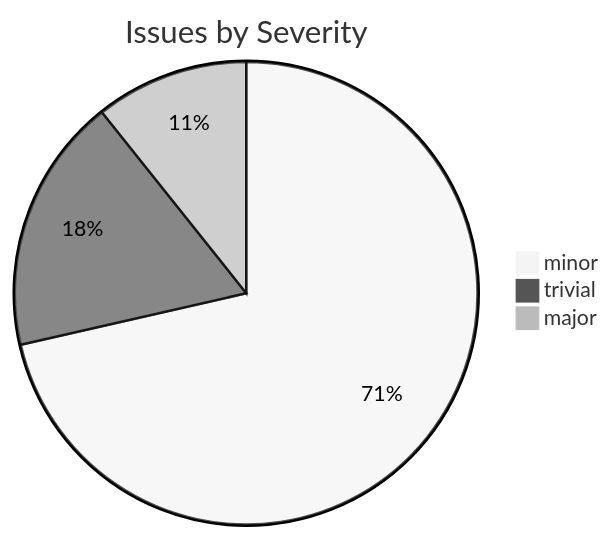
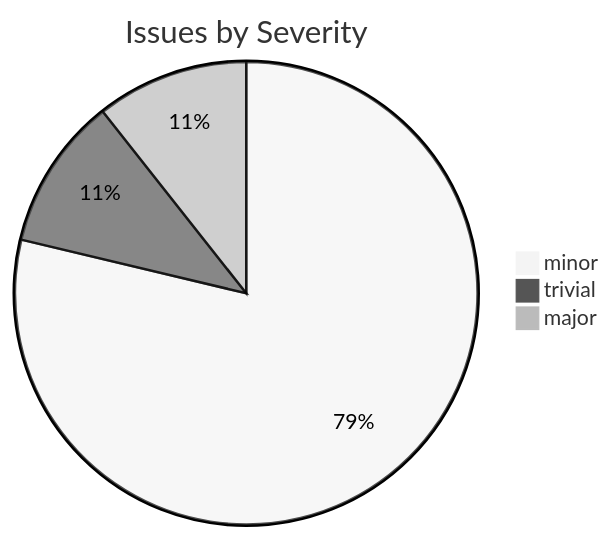
One commit to sanskrit-lexicon/csl-apidev changed the second of 2 diagrams in README.md. Above: the diagram before and after it, drawn with Mermaid (neutral theme). The commit also changed other lines of this file, not shown here.

````diff
--- a/README.md
+++ b/README.md
@@ -83,6 +99,6 @@
 ```mermaid
 pie title Issues by Severity
-    "minor" : 20
+    "minor" : 37
     "trivial" : 5
-    "major" : 3
+    "major" : 5
 ```
````
